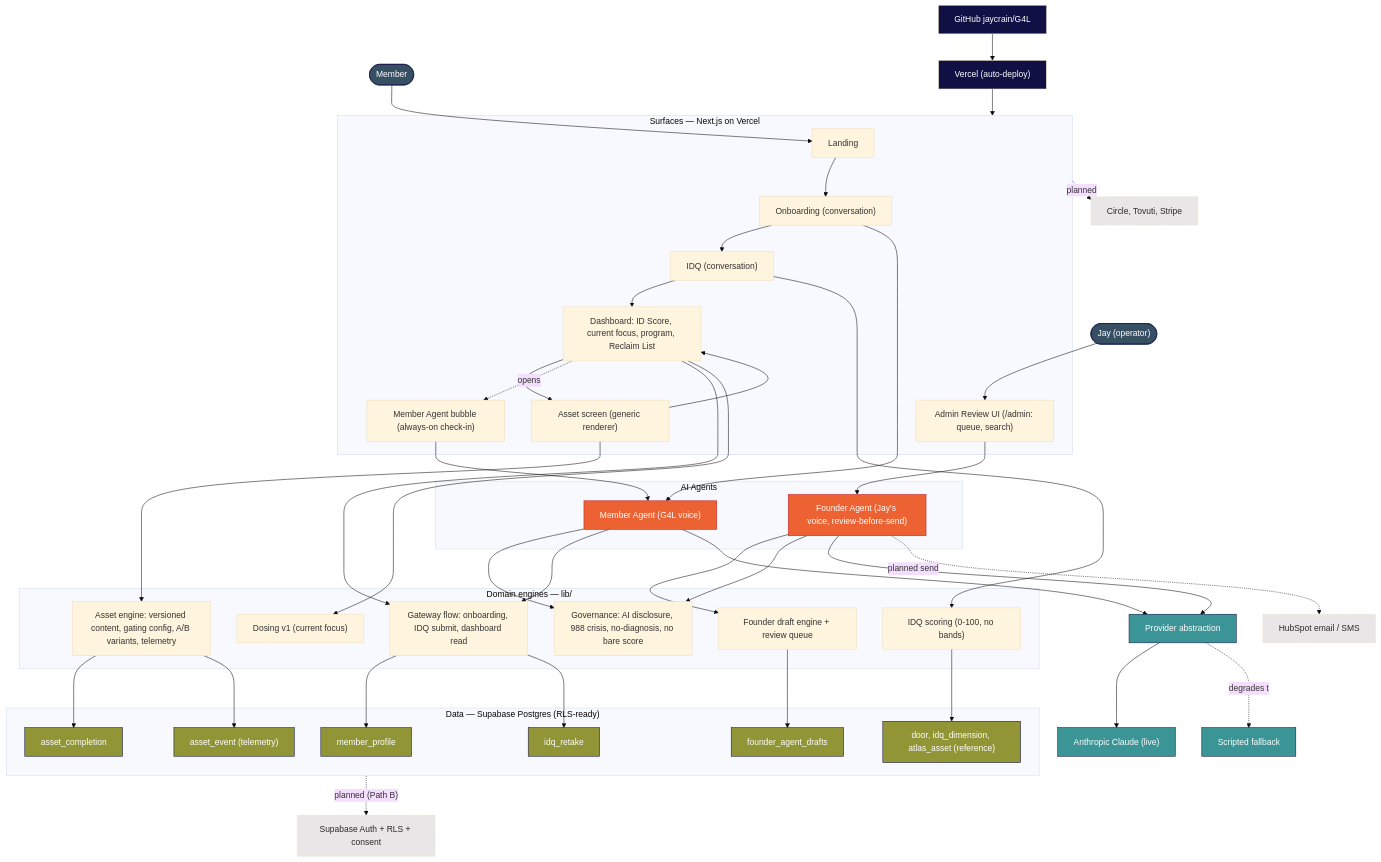
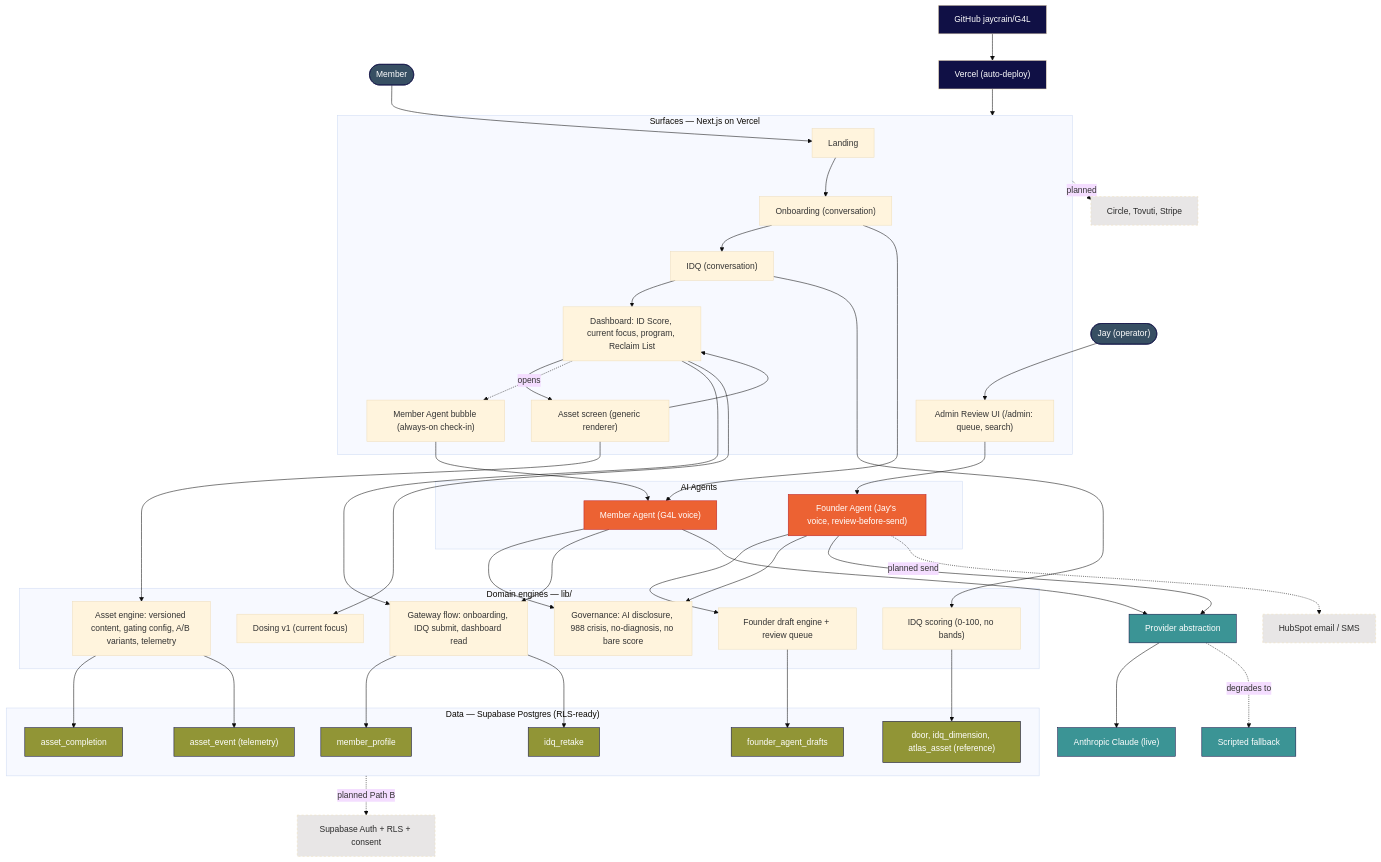
One commit to jaycrain/G4L changed the diagram in docs/architecture.md. Above: the diagram before and after it, drawn with Mermaid (base theme).

Commit message:
Harden architecture diagram Mermaid edges for GitHub rendering

````diff
--- a/docs/architecture.md
+++ b/docs/architecture.md
@@ -7,81 +7,81 @@
 ```mermaid
 flowchart TD
   Member(["Member"]):::person
   Jay(["Jay (operator)"]):::person
 
   subgraph SURF["Surfaces — Next.js on Vercel"]
     Landing["Landing"]
     Onb["Onboarding (conversation)"]
     IDQ["IDQ (conversation)"]
     Dash["Dashboard: ID Score, current focus, program, Reclaim List"]
     Bubble["Member Agent bubble (always-on check-in)"]
     Asset["Asset screen (generic renderer)"]
     Admin["Admin Review UI (/admin: queue, search)"]
   end
 
   Member --> Landing --> Onb --> IDQ --> Dash
   Dash --> Asset --> Dash
-  Dash -.opens.-> Bubble
+  Dash -.->|opens| Bubble
   Jay --> Admin
 
   subgraph AG["AI Agents"]
     MA["Member Agent (G4L voice)"]:::agent
     FA["Founder Agent (Jay's voice, review-before-send)"]:::agent
   end
   Onb --> MA
   Bubble --> MA
   Admin --> FA
 
   subgraph ENG["Domain engines — lib/"]
     Gov["Governance: AI disclosure, 988 crisis, no-diagnosis, no bare score"]
     Flow["Gateway flow: onboarding, IDQ submit, dashboard read"]
     Score["IDQ scoring (0-100, no bands)"]
     Dose["Dosing v1 (current focus)"]
     AssetEng["Asset engine: versioned content, gating config, A/B variants, telemetry"]
     Draft["Founder draft engine + review queue"]
   end
   MA --> Gov
   MA --> Flow
   IDQ --> Score
   Dash --> Flow
   Dash --> Dose
   Asset --> AssetEng
   FA --> Draft
   FA --> Gov
 
   Prov["Provider abstraction"]:::ai
   Claude["Anthropic Claude (live)"]:::ai
   Scripted["Scripted fallback"]:::ai
   MA --> Prov
   FA --> Prov
   Prov --> Claude
-  Prov -.degrades to.-> Scripted
+  Prov -.->|degrades to| Scripted
 
   subgraph DB["Data — Supabase Postgres (RLS-ready)"]
     MP["member_profile"]:::data
     IR["idq_retake"]:::data
     AC["asset_completion"]:::data
     AE["asset_event (telemetry)"]:::data
     FD["founder_agent_drafts"]:::data
     REF["door, idq_dimension, atlas_asset (reference)"]:::data
   end
   Flow --> MP
   Flow --> IR
   Score --> REF
   AssetEng --> AC
   AssetEng --> AE
   Draft --> FD
 
   GH["GitHub jaycrain/G4L"]:::ext --> Vercel["Vercel (auto-deploy)"]:::ext --> SURF
 
-  FA -. "planned send" .-> HubSpot["HubSpot email / SMS"]:::planned
-  SURF -. "planned" .-> Integ["Circle, Tovuti, Stripe"]:::planned
-  DB -. "planned (Path B)" .-> Auth["Supabase Auth + RLS + consent"]:::planned
+  FA -.->|planned send| HubSpot["HubSpot email / SMS"]:::planned
+  SURF -.->|planned| Integ["Circle, Tovuti, Stripe"]:::planned
+  DB -.->|planned Path B| Auth["Supabase Auth + RLS + consent"]:::planned
 
   classDef person fill:#374F63,color:#fff,stroke:#101045
   classDef agent fill:#EC6233,color:#fff,stroke:#BB2127
   classDef ai fill:#3B9495,color:#fff,stroke:#101045
   classDef data fill:#919536,color:#fff,stroke:#101045
   classDef ext fill:#101045,color:#fff
   classDef planned fill:#E8E6E6,color:#2A2A2A,stroke-dasharray:4 4
 ```
````
